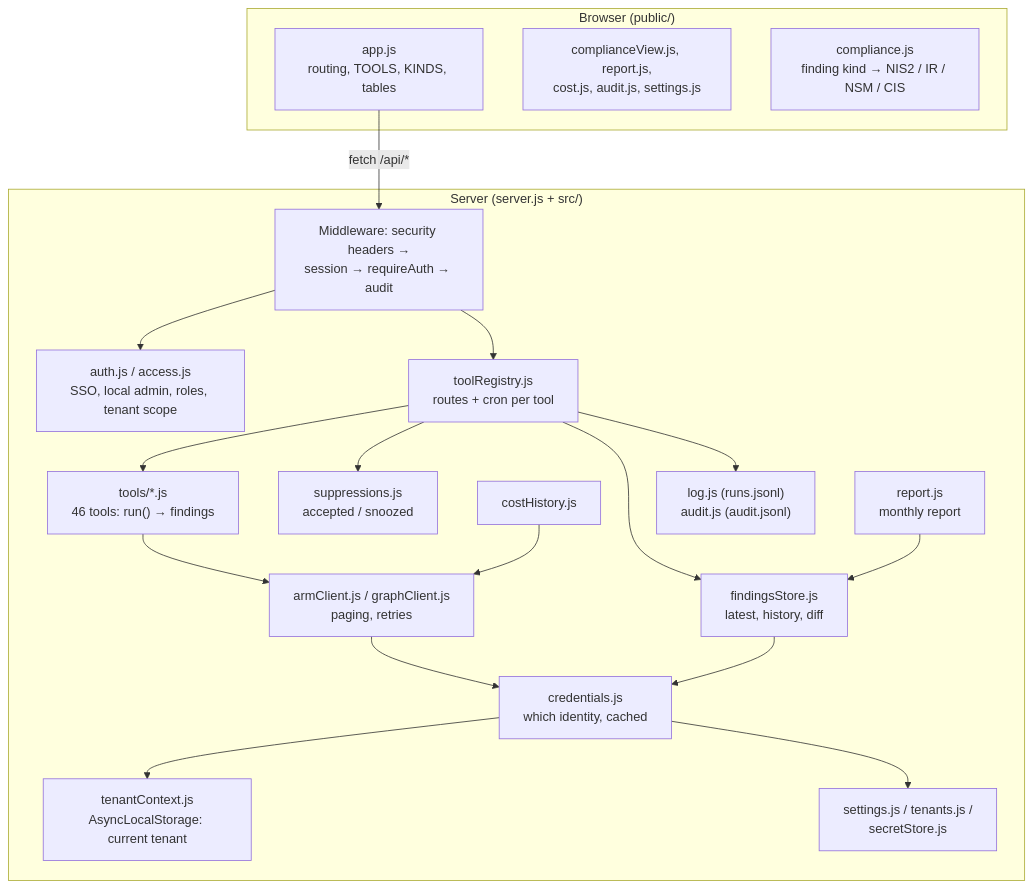
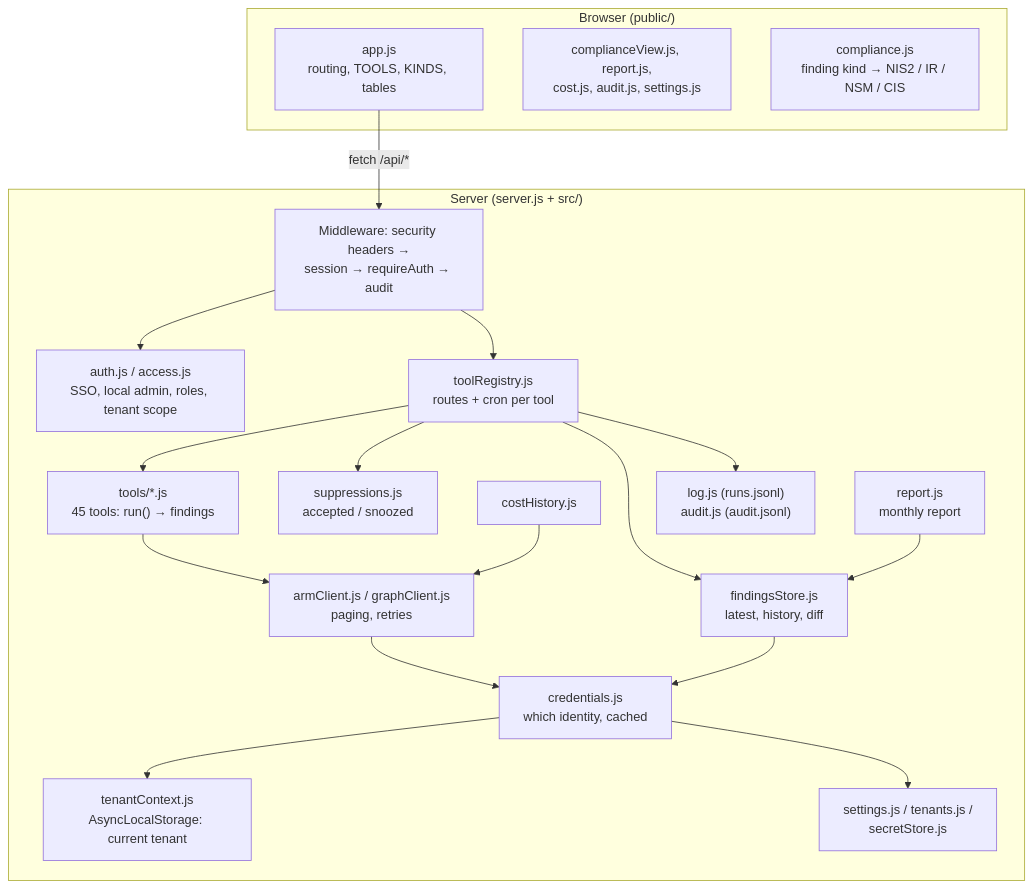
One commit to Gooseankles/cirrus-watch changed the diagram in docs/diagrams/arch-inside-app.mmd. Above: the diagram before and after it, drawn with Mermaid. The commit also changed 20 other files, not shown here.

```diff
--- a/docs/diagrams/arch-inside-app.mmd
+++ b/docs/diagrams/arch-inside-app.mmd
@@ -1,35 +1,35 @@
 flowchart TB
   subgraph browser["Browser (public/)"]
     appjs["app.js<br/>routing, TOOLS, KINDS, tables"]
     views["complianceView.js, report.js,<br/>cost.js, audit.js, settings.js"]
     comp["compliance.js<br/>finding kind → NIS2 / IR / NSM / CIS"]
   end
   subgraph server["Server (server.js + src/)"]
     mw["Middleware: security headers →<br/>session → requireAuth → audit"]
     auth["auth.js / access.js<br/>SSO, local admin, roles, tenant scope"]
     reg["toolRegistry.js<br/>routes + cron per tool"]
-    tools["tools/*.js<br/>46 tools: run() → findings"]
+    tools["tools/*.js<br/>45 tools: run() → findings"]
     clients["armClient.js / graphClient.js<br/>paging, retries"]
     cred["credentials.js<br/>which identity, cached"]
     ctx["tenantContext.js<br/>AsyncLocalStorage: current tenant"]
     store["findingsStore.js<br/>latest, history, diff"]
     supp["suppressions.js<br/>accepted / snoozed"]
     cost["costHistory.js"]
     rep["report.js<br/>monthly report"]
     cfg["settings.js / tenants.js /<br/>secretStore.js"]
     logs["log.js (runs.jsonl)<br/>audit.js (audit.jsonl)"]
   end
   appjs -- "fetch /api/*" --> mw
   mw --> auth
   mw --> reg
   reg --> tools
   tools --> clients
   clients --> cred
   cred --> ctx
   cred --> cfg
   reg --> store
   reg --> supp
   reg --> logs
   rep --> store
   cost --> clients
   store --> cred
```
